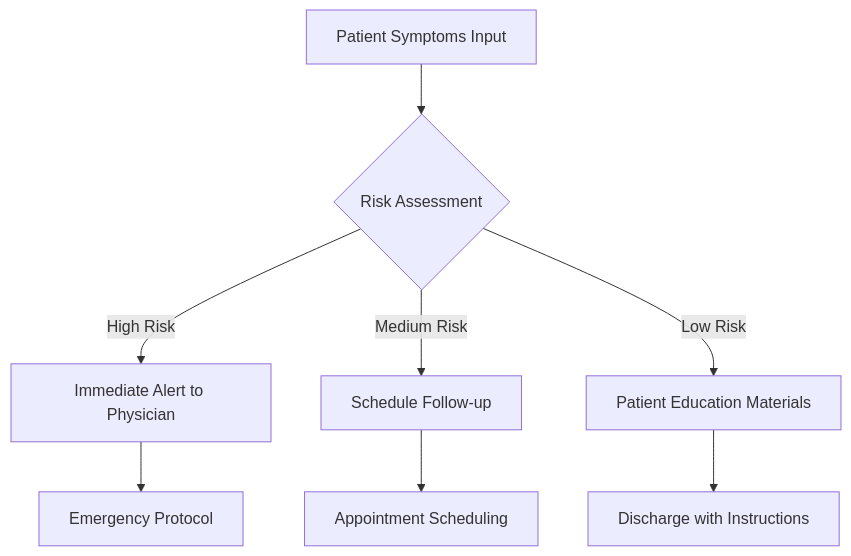
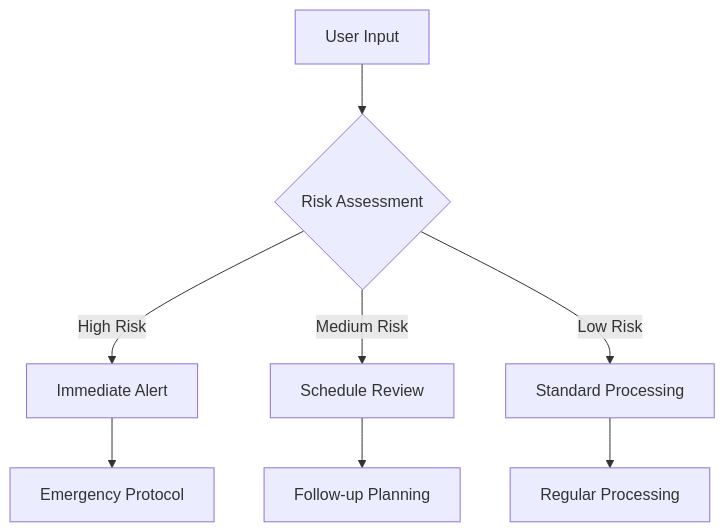
Before and after one commit to oscar-peng/datasci_223: the third of 4 diagrams in lectures/09/lecture_09.md, drawn with Mermaid. The commit also changed other lines of this file and 2 other files, not shown here.

````diff
--- a/lectures/09/lecture_09.md
+++ b/lectures/09/lecture_09.md
@@ -175,10 +175,10 @@
 ```mermaid
 graph TD;
-    A[Patient Symptoms Input] --> B{Risk Assessment};
-    B -->|High Risk| C[Immediate Alert to Physician];
-    B -->|Medium Risk| D[Schedule Follow-up];
-    B -->|Low Risk| E[Patient Education Materials];
+    A[User Input] --> B{Risk Assessment};
+    B -->|High Risk| C[Immediate Alert];
+    B -->|Medium Risk| D[Schedule Review];
+    B -->|Low Risk| E[Standard Processing];
     C --> F[Emergency Protocol];
-    D --> G[Appointment Scheduling];
-    E --> H[Discharge with Instructions];
+    D --> G[Follow-up Planning];
+    E --> H[Regular Processing];
 ```
````
